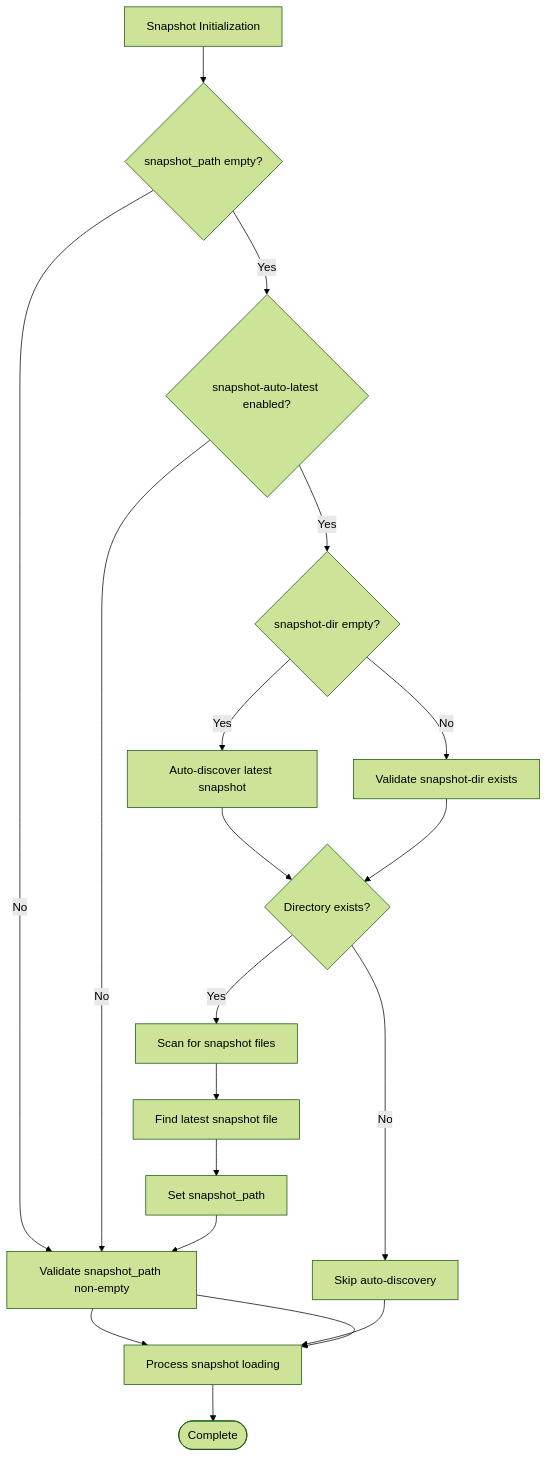
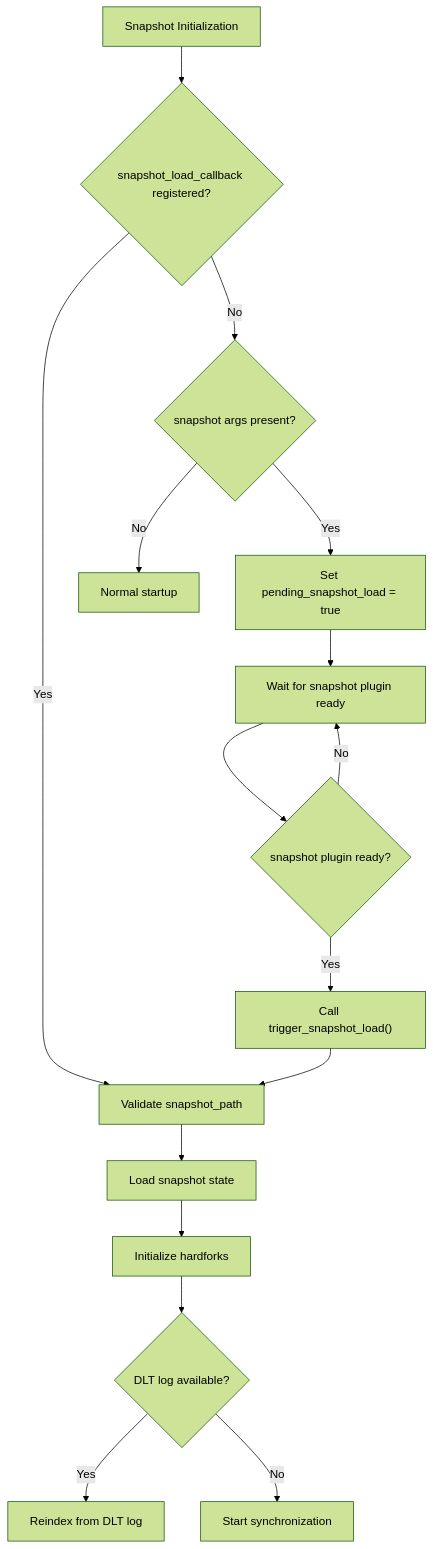
One commit to VIZ-Blockchain/viz-cpp-node changed the seventh of 9 diagrams in .qoder/repowiki/en/content/Chain Plugin.md. Above: the diagram before and after it, drawn with Mermaid (forest theme). The commit also changed other lines of this file and 4 other files, not shown here.

First line of the commit message:
docs(snapshot_plugin): enhance plugin lifecycle and coordination with chain plugin

````diff
--- a/.qoder/repowiki/en/content/Chain Plugin.md
+++ b/.qoder/repowiki/en/content/Chain Plugin.md
@@ -329,21 +343,18 @@
 ```mermaid
 flowchart TD
-SnapshotInit["Snapshot Initialization"] --> CheckPathEmpty{"snapshot_path empty?"}
-CheckPathEmpty --> |Yes| CheckAutoLatest{"snapshot-auto-latest enabled?"}
-CheckPathEmpty --> |No| ValidatePath["Validate snapshot_path non-empty"]
-CheckAutoLatest --> |Yes| CheckDirEmpty{"snapshot-dir empty?"}
-CheckAutoLatest --> |No| ValidatePath
-CheckDirEmpty --> |Yes| AutoDiscover["Auto-discover latest snapshot"]
-CheckDirEmpty --> |No| ValidateDir["Validate snapshot-dir exists"]
-AutoDiscover --> CheckDirExists{"Directory exists?"}
-ValidateDir --> CheckDirExists
-CheckDirExists --> |Yes| ScanFiles["Scan for snapshot files"]
-CheckDirExists --> |No| SkipAuto["Skip auto-discovery"]
-ScanFiles --> FindBest["Find latest snapshot file"]
-FindBest --> SetPath["Set snapshot_path"]
-SetPath --> ValidatePath
-ValidatePath --> ProcessSnapshot["Process snapshot loading"]
-SkipAuto --> ProcessSnapshot
-ValidatePath --> ProcessSnapshot
-ProcessSnapshot --> End([Complete])
+SnapshotInit["Snapshot Initialization"] --> CheckCallback{"snapshot_load_callback registered?"}
+CheckCallback --> |Yes| ValidatePath["Validate snapshot_path"]
+CheckCallback --> |No| CheckArgs{"snapshot args present?"}
+CheckArgs --> |Yes| SetPending["Set pending_snapshot_load = true"]
+CheckArgs --> |No| NormalStartup["Normal startup"]
+SetPending --> WaitReady["Wait for snapshot plugin ready"]
+WaitReady --> CheckReady{"snapshot plugin ready?"}
+CheckReady --> |Yes| TriggerLoad["Call trigger_snapshot_load()"]
+CheckReady --> |No| WaitReady
+TriggerLoad --> ValidatePath
+ValidatePath --> LoadSnapshot["Load snapshot state"]
+LoadSnapshot --> InitHardforks["Initialize hardforks"]
+InitHardforks --> ReplayDLT{"DLT log available?"}
+ReplayDLT --> |Yes| ReindexDLT["Reindex from DLT log"]
+ReplayDLT --> |No| StartSync["Start synchronization"]
 ```
````
